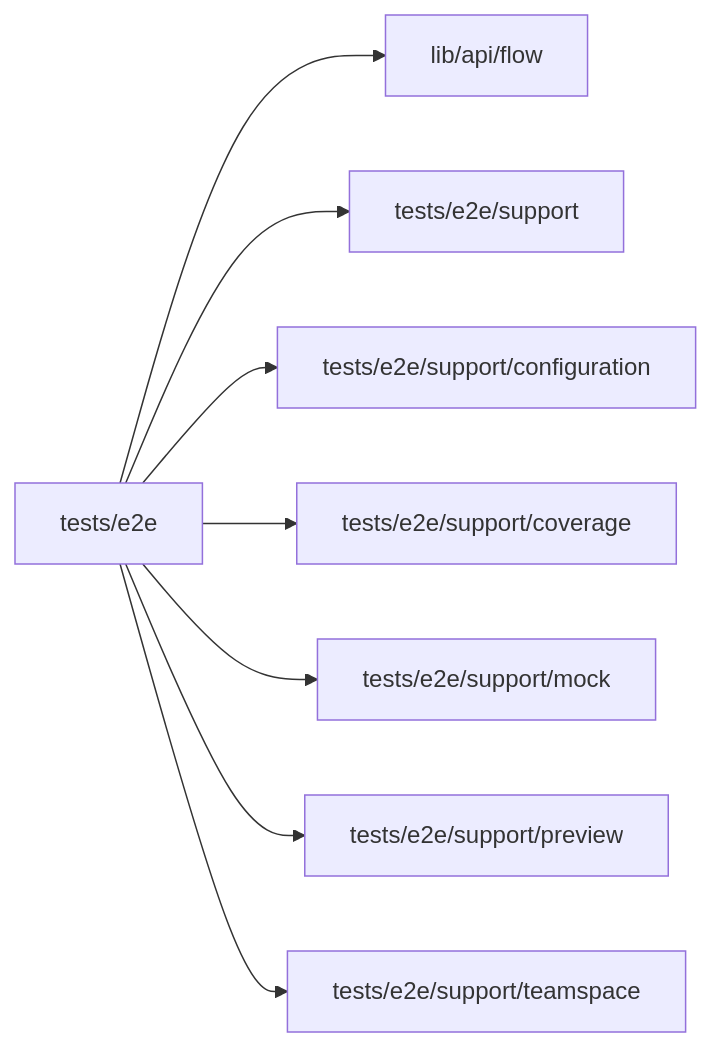
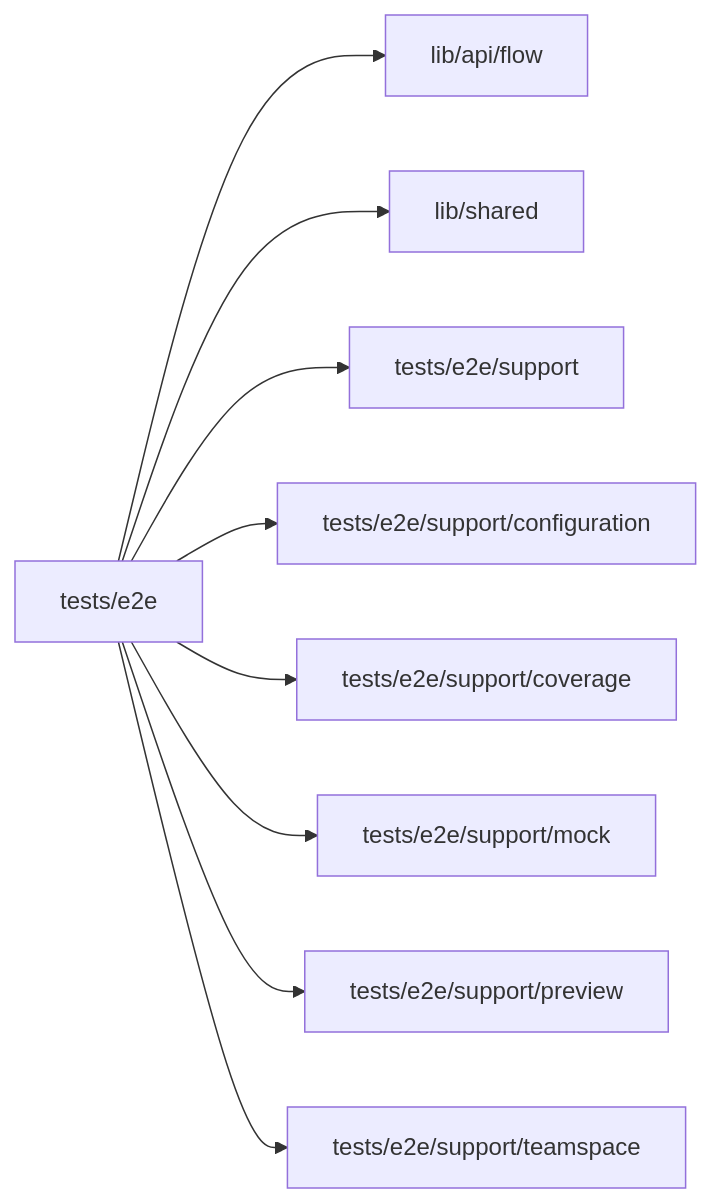
Before and after one commit to superdurable/superverse: the diagram in web/studio/tests/e2e/README.md, drawn with Mermaid. The commit also changed other lines of this file and 5 other files, not shown here.

````diff
--- a/web/studio/tests/e2e/README.md
+++ b/web/studio/tests/e2e/README.md
@@ -10,11 +10,12 @@
 ```mermaid
 flowchart LR
   self["tests/e2e"]
   self --> d0["lib/api/flow"]
-  self --> d1["tests/e2e/support"]
-  self --> d2["tests/e2e/support/configuration"]
-  self --> d3["tests/e2e/support/coverage"]
-  self --> d4["tests/e2e/support/mock"]
-  self --> d5["tests/e2e/support/preview"]
-  self --> d6["tests/e2e/support/teamspace"]
+  self --> d1["lib/shared"]
+  self --> d2["tests/e2e/support"]
+  self --> d3["tests/e2e/support/configuration"]
+  self --> d4["tests/e2e/support/coverage"]
+  self --> d5["tests/e2e/support/mock"]
+  self --> d6["tests/e2e/support/preview"]
+  self --> d7["tests/e2e/support/teamspace"]
 ```
````
